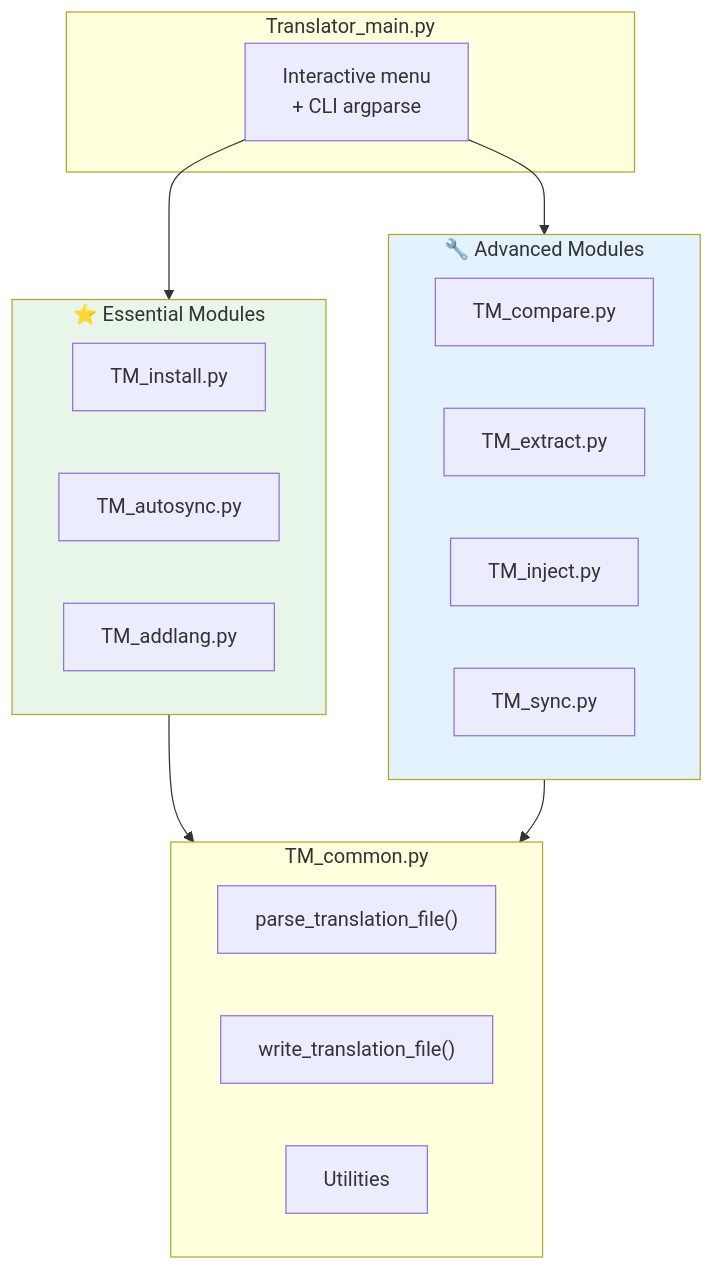
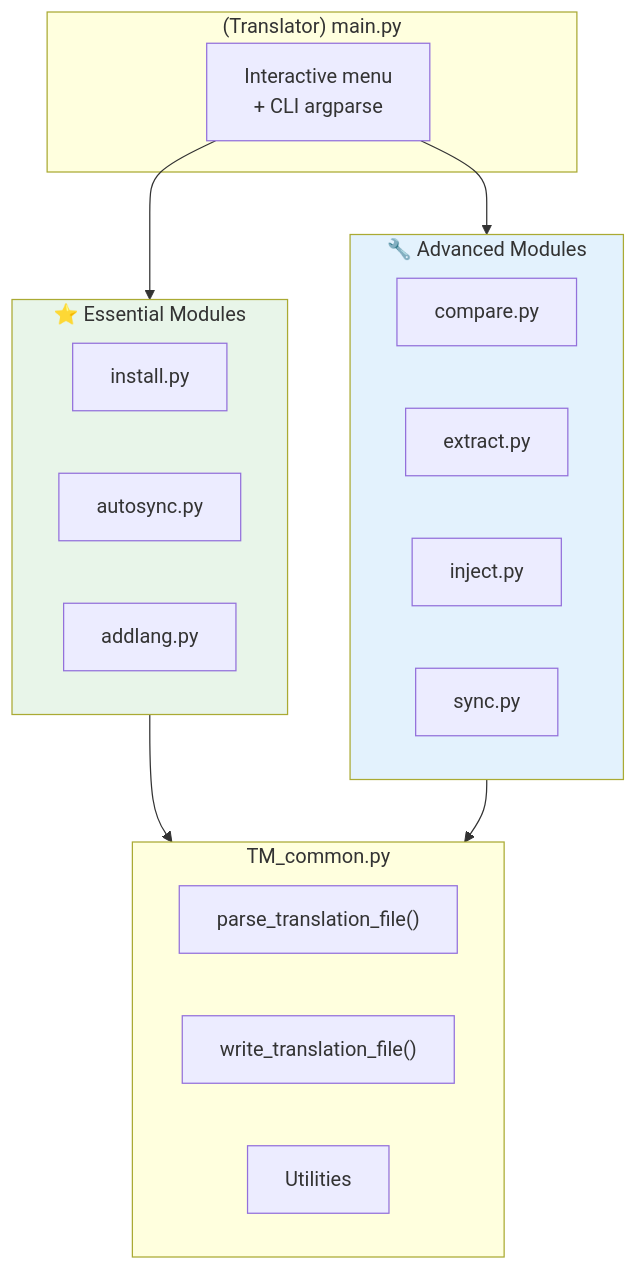
The third of 10 diagrams in tools/translator/__doc__/en/README.md (Gotcha26/Adobe_Lightroom_Translation_Plugins_Kit), drawn with Mermaid before and after one commit. The commit also changed other lines of this file and 12 other files, not shown here.

````diff
--- a/tools/translator/__doc__/en/README.md
+++ b/tools/translator/__doc__/en/README.md
@@ -123,32 +123,32 @@
 ```mermaid
 flowchart TB
-    subgraph Main["Translator_main.py"]
+    subgraph Main["(Translator) main.py"]
         M["Interactive menu<br/>+ CLI argparse"]
     end
 
     subgraph Essential["⭐ Essential Modules"]
-        I["TM_install.py"]
-        AS["TM_autosync.py"]
-        AL["TM_addlang.py"]
+        I["install.py"]
+        AS["autosync.py"]
+        AL["addlang.py"]
     end
 
     subgraph Advanced["🔧 Advanced Modules"]
-        CO["TM_compare.py"]
-        EX["TM_extract.py"]
-        IN["TM_inject.py"]
-        SY["TM_sync.py"]
+        CO["compare.py"]
+        EX["extract.py"]
+        IN["inject.py"]
+        SY["sync.py"]
     end
 
     subgraph Common["TM_common.py"]
         P["parse_translation_file()"]
         W["write_translation_file()"]
         U["Utilities"]
     end
 
     M --> Essential & Advanced
     Essential --> Common
     Advanced --> Common
 
     style Essential fill:#E8F5E9
     style Advanced fill:#E3F2FD
 ```
````
